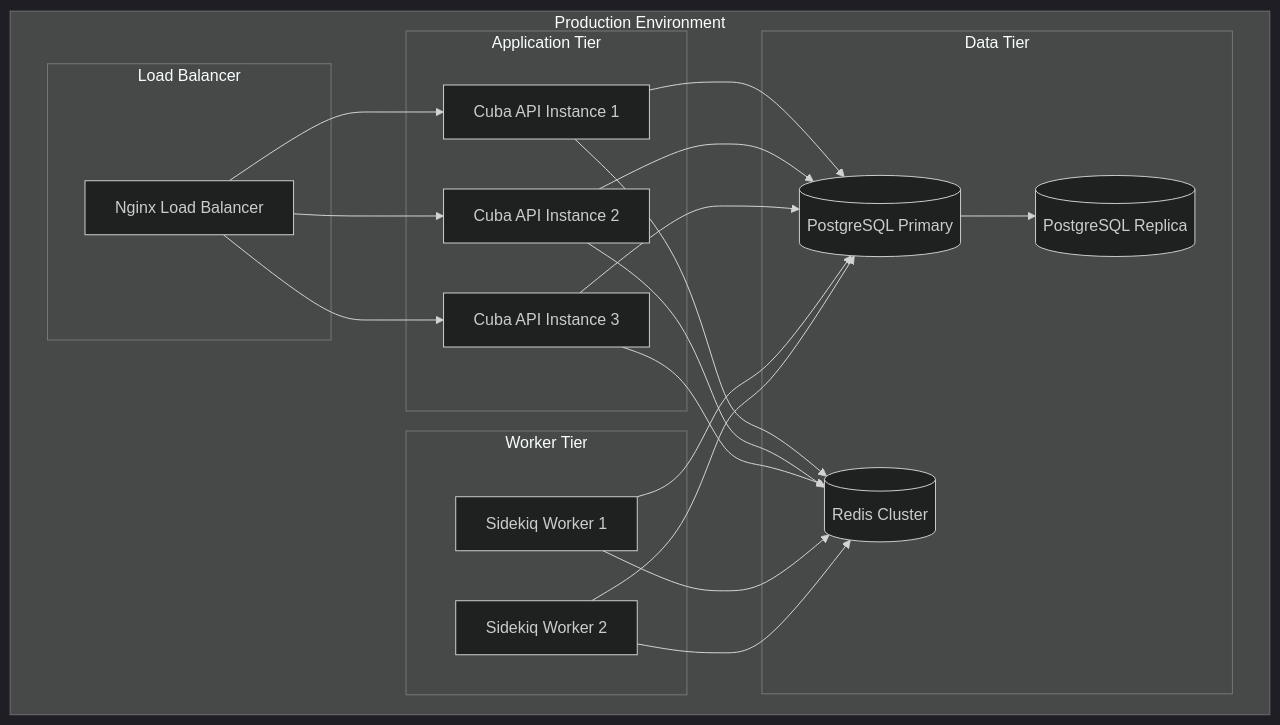
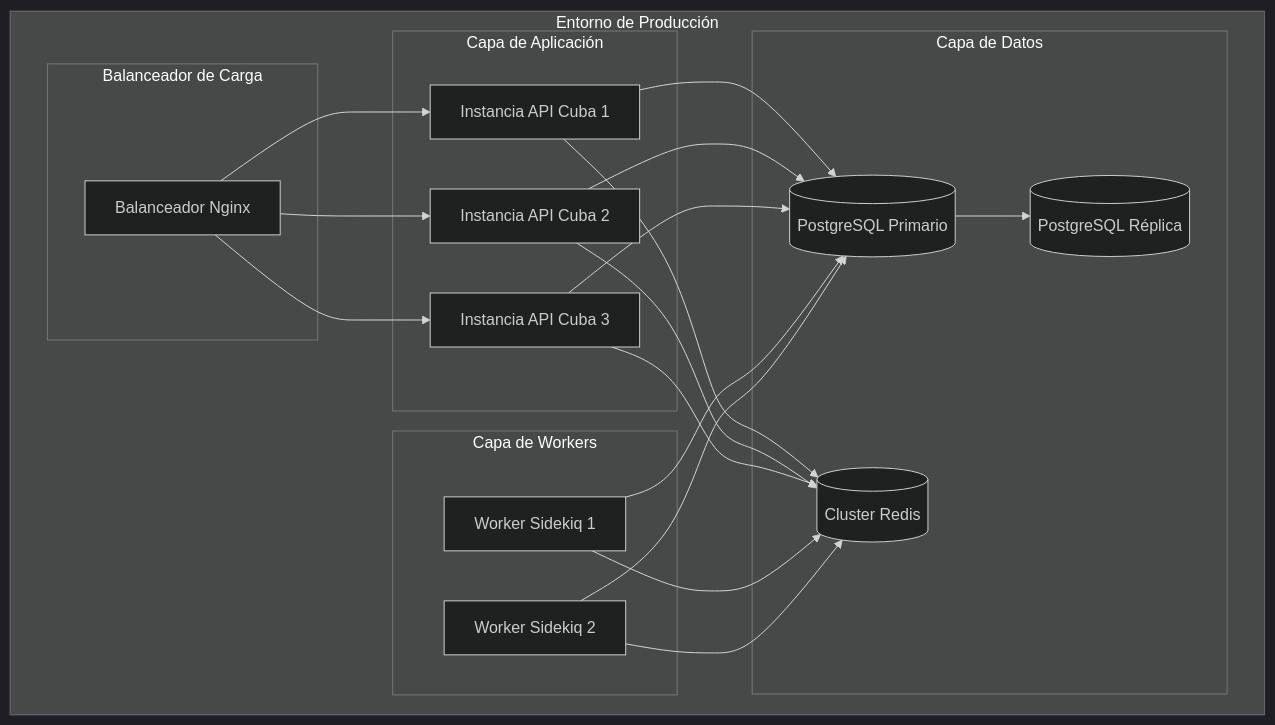
Before and after one commit to MartinLupa/fudo-backend-challenge: the second of 2 diagrams in README.md, drawn with Mermaid (dark theme). The commit also changed other lines of this file and 8 other files, not shown here.

````diff
--- a/README.md
+++ b/README.md
@@ -38,44 +39,44 @@
 ```mermaid
 graph TB
-    subgraph "Production Environment"
-        subgraph "Load Balancer"
-            LB[Nginx Load Balancer]
+    subgraph "Entorno de Producción"
+        subgraph "Balanceador de Carga"
+            LB[Balanceador Nginx]
         end
-        
-        subgraph "Application Tier"
-            API1[Cuba API Instance 1]
-            API2[Cuba API Instance 2]
-            API3[Cuba API Instance 3]
+
+        subgraph "Capa de Aplicación"
+            API1[Instancia API Cuba 1]
+            API2[Instancia API Cuba 2]
+            API3[Instancia API Cuba 3]
         end
-        
-        subgraph "Worker Tier"
-            W1[Sidekiq Worker 1]
-            W2[Sidekiq Worker 2]
+
+        subgraph "Capa de Workers"
+            W1[Worker Sidekiq 1]
+            W2[Worker Sidekiq 2]
         end
-        
-        subgraph "Data Tier"
-            DB[(PostgreSQL Primary)]
-            DB_REPLICA[(PostgreSQL Replica)]
-            REDIS[(Redis Cluster)]
+
+        subgraph "Capa de Datos"
+            DB[(PostgreSQL Primario)]
+            DB_REPLICA[(PostgreSQL Réplica)]
+            REDIS[(Cluster Redis)]
         end
     end
-    
+
     LB --> API1
     LB --> API2
     LB --> API3
-    
+
     API1 --> DB
     API2 --> DB
     API3 --> DB
-    
+
     API1 --> REDIS
     API2 --> REDIS
     API3 --> REDIS
-    
+
     W1 --> REDIS
     W2 --> REDIS
     W1 --> DB
     W2 --> DB
-    
+
     DB --> DB_REPLICA
 ```
````
